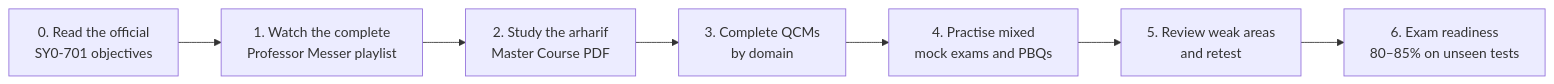
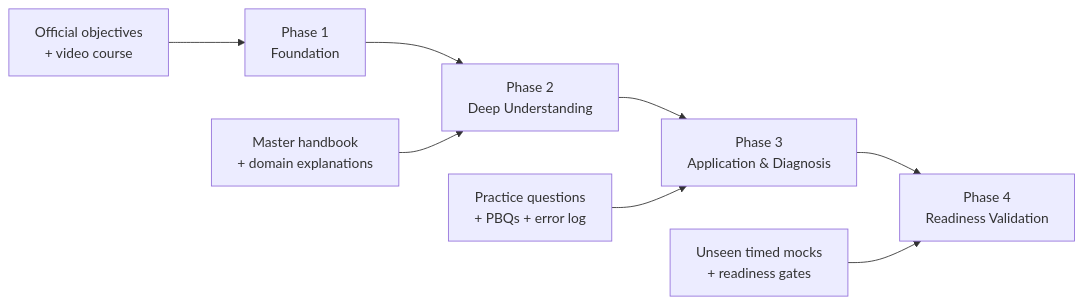
The diagram in README.md (arharif/Security-Plus_zero_to_certified), drawn with Mermaid before and after one commit. The commit also changed other lines of this file, not shown here.

````diff
--- a/README.md
+++ b/README.md
@@ -68,9 +104,11 @@
 ```mermaid
 flowchart LR
-    A["0. Read the official<br/>SY0-701 objectives"] --> B["1. Watch the complete<br/>Professor Messer playlist"]
-    B --> C["2. Study the arharif<br/>Master Course PDF"]
-    C --> D["3. Complete QCMs<br/>by domain"]
-    D --> E["4. Practise mixed<br/>mock exams and PBQs"]
-    E --> F["5. Review weak areas<br/>and retest"]
-    F --> G["6. Exam readiness<br/>80–85% on unseen tests"]
+    A["Phase 1<br/>Foundation"] --> B["Phase 2<br/>Deep Understanding"]
+    B --> C["Phase 3<br/>Application & Diagnosis"]
+    C --> D["Phase 4<br/>Readiness Validation"]
+
+    A1["Official objectives<br/>+ video course"] --> A
+    B1["Master handbook<br/>+ domain explanations"] --> B
+    C1["Practice questions<br/>+ PBQs + error log"] --> C
+    D1["Unseen timed mocks<br/>+ readiness gates"] --> D
 ```
````
